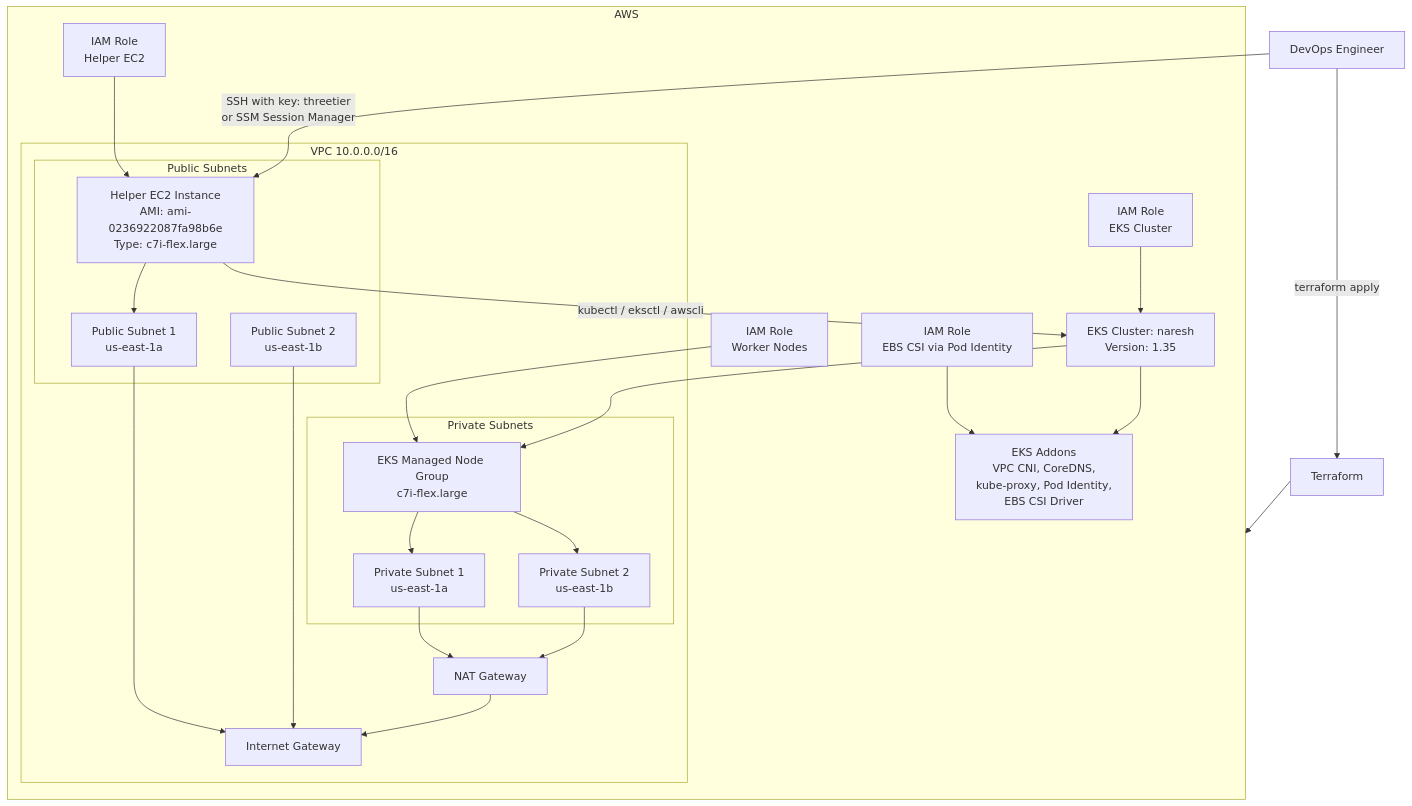
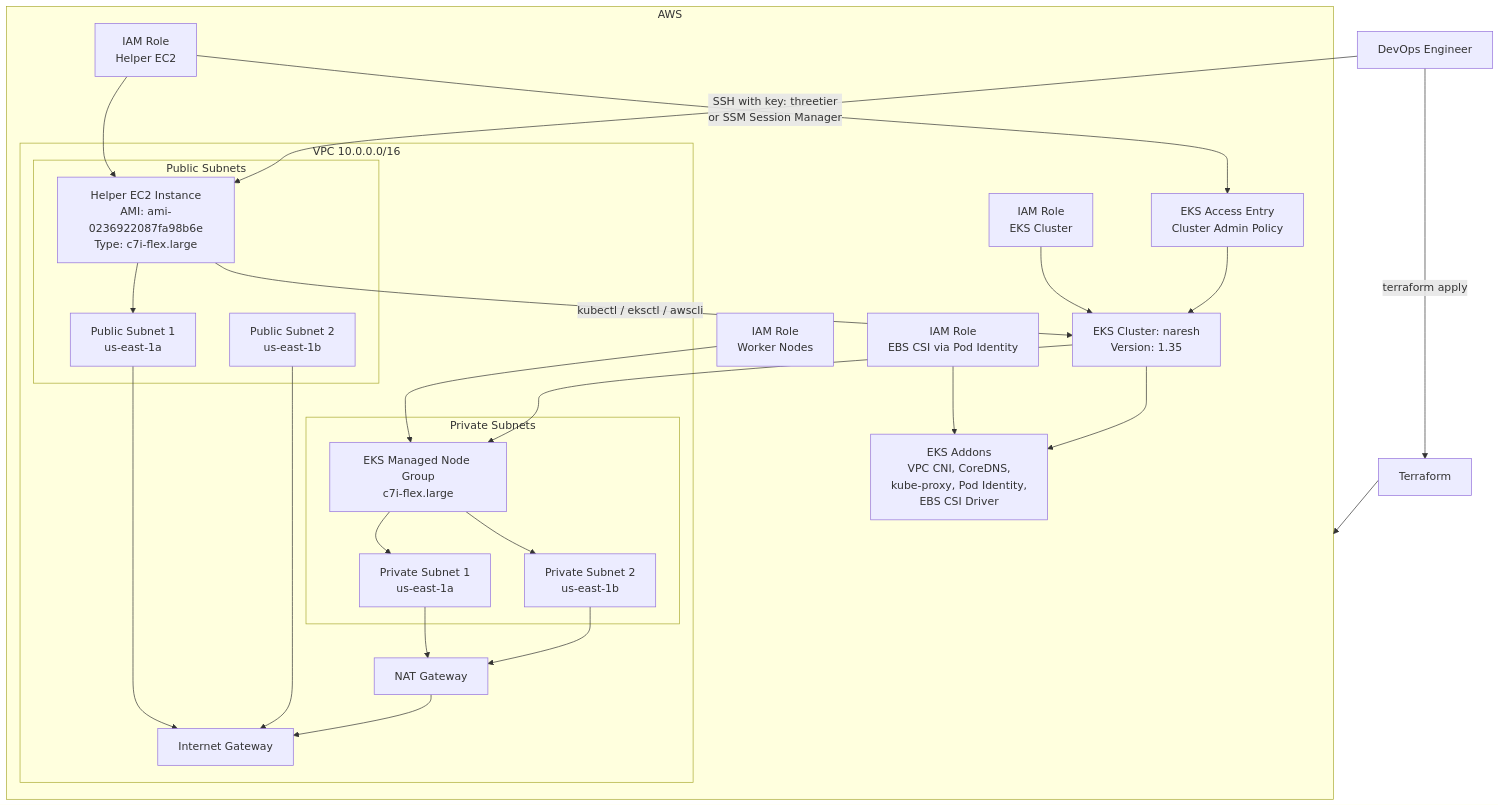
One commit to varun123936/Kubernetes-Practice changed the diagram in Day-8-Terraform-EKS/README.md. Above: the diagram before and after it, drawn with Mermaid. The commit also changed other lines of this file and 17 other files, not shown here.

````diff
--- a/Day-8-Terraform-EKS/README.md
+++ b/Day-8-Terraform-EKS/README.md
@@ -92,50 +103,53 @@
 ```mermaid
 flowchart TB
     U[DevOps Engineer] -->|SSH with key: threetier\nor SSM Session Manager| EC2
     U -->|terraform apply| TF[Terraform]
     TF --> AWS[AWS us-east-1]
 
     subgraph AWS
         subgraph VPC[VPC 10.0.0.0/16]
             IGW[Internet Gateway]
             NAT[NAT Gateway]
 
             subgraph Public[Public Subnets]
                 PUB1[Public Subnet 1\nus-east-1a]
                 PUB2[Public Subnet 2\nus-east-1b]
                 EC2[Helper EC2 Instance\nAMI: ami-0236922087fa98b6e\nType: c7i-flex.large]
             end
 
             subgraph Private[Private Subnets]
                 PRI1[Private Subnet 1\nus-east-1a]
                 PRI2[Private Subnet 2\nus-east-1b]
                 NG[EKS Managed Node Group\nc7i-flex.large]
             end
 
             PUB1 --> IGW
             PUB2 --> IGW
             PRI1 --> NAT
             PRI2 --> NAT
             NAT --> IGW
             EC2 --> PUB1
             NG --> PRI1
             NG --> PRI2
         end
 
         CR[IAM Role\nEKS Cluster]
         WR[IAM Role\nWorker Nodes]
         HR[IAM Role\nHelper EC2]
+        AE[EKS Access Entry\nCluster Admin Policy]
         PIR[IAM Role\nEBS CSI via Pod Identity]
 
         EKS[EKS Cluster: naresh\nVersion: 1.35]
         ADDONS[EKS Addons\nVPC CNI, CoreDNS,\nkube-proxy, Pod Identity,\nEBS CSI Driver]
     end
 
     CR --> EKS
     WR --> NG
     HR --> EC2
+    HR --> AE
+    AE --> EKS
     PIR --> ADDONS
     EKS --> NG
     EKS --> ADDONS
     EC2 -->|kubectl / eksctl / awscli| EKS
 ```
````
